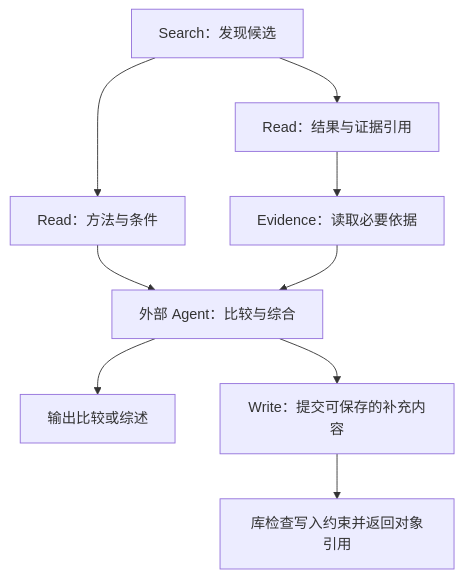
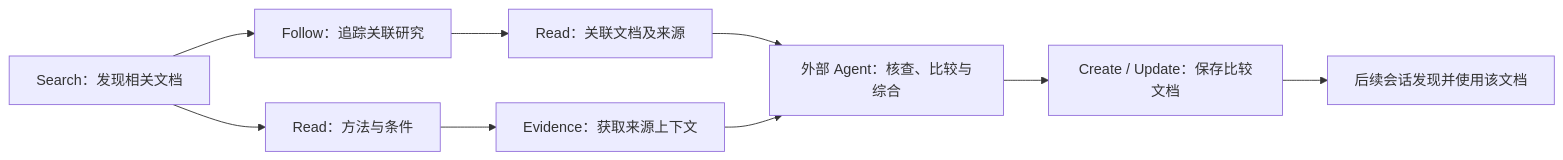
Before and after one commit to ArcadiaLin/CachePlan: the second of 2 diagrams in docs/discussions/2026-09-15-p4a-operators-skills-and-activities.md, drawn with Mermaid. The commit also changed other lines of this file, not shown here.

````diff
--- a/docs/discussions/2026-09-15-p4a-operators-skills-and-activities.md
+++ b/docs/discussions/2026-09-15-p4a-operators-skills-and-activities.md
@@ -89,11 +201,11 @@
 ```mermaid
-flowchart TD
-    S[Search：发现候选] --> M[Read：方法与条件]
-    S --> R[Read：结果与证据引用]
-    R --> E[Evidence：读取必要依据]
-    M --> A[外部 Agent：比较与综合]
-    E --> A
-    A --> O[输出比较或综述]
-    A --> W[Write：提交可保存的补充内容]
-    W --> V[库检查写入约束并返回对象引用]
+flowchart LR
+    S[Search：发现相关文档] --> R[Read：方法与条件]
+    S --> F[Follow：追踪关联研究]
+    R --> E[Evidence：获取来源上下文]
+    F --> B[Read：关联文档及来源]
+    B --> C[外部 Agent：核查、比较与综合]
+    E --> C
+    C --> W[Create / Update：保存比较文档]
+    W --> L[后续会话发现并使用该文档]
 ```
````
